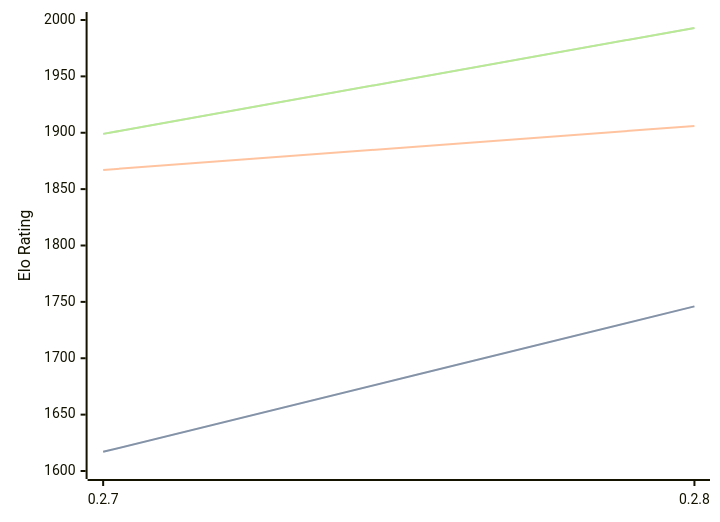
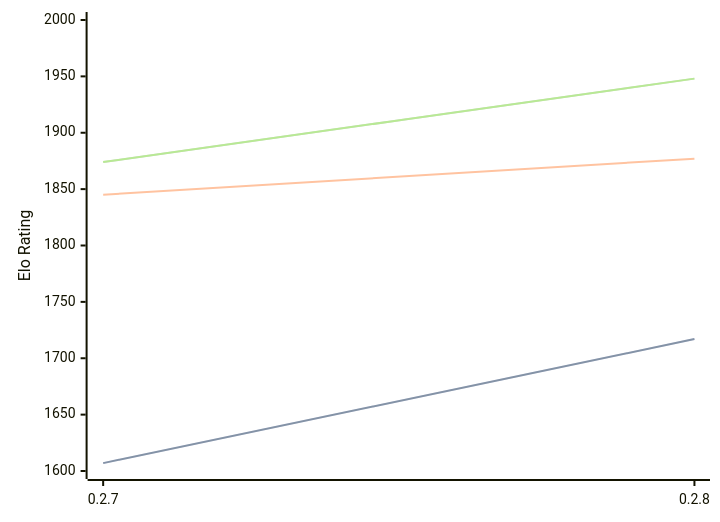
One commit to computer-chess-index/cci changed the diagram in engines/Dual.md. Above: the diagram before and after it, drawn with Mermaid. The commit also changed other lines of this file, not shown here.

Commit message:
Update CCI Ratings (ELO VLTC) - 2026-05-19

````diff
--- a/engines/Dual.md
+++ b/engines/Dual.md
@@ -40,11 +40,11 @@
 ```mermaid
 %%{init: {"theme":"base","themeVariables":{"seriesColors:['#a3a3a3','#222221','#faa371']}}}%%
 xychart-beta
   x-axis ["0.2.7", "0.2.8"]
   y-axis "Elo Rating" 1600 --> 2000
-  line "STC (8.0+0.08s)" [1617, 1746]
-  line "STC (8.0+0.08s)" [1617, 1746]
-  line "LTC (60.0+0.60s)" [1867, 1906]
-  line "VLTC (2m24s+1.12s)" [1899, 1993]
-  line "VLTC (2m24s+1.12s)" [1899, 1993]
+  line "STC (8.0+0.08s)" [1607, 1717]
+  line "STC (8.0+0.08s)" [1607, 1717]
+  line "LTC (60.0+0.60s)" [1845, 1877]
+  line "VLTC (2m24s+1.12s)" [1874, 1948]
+  line "VLTC (2m24s+1.12s)" [1874, 1948]
 ```
````
